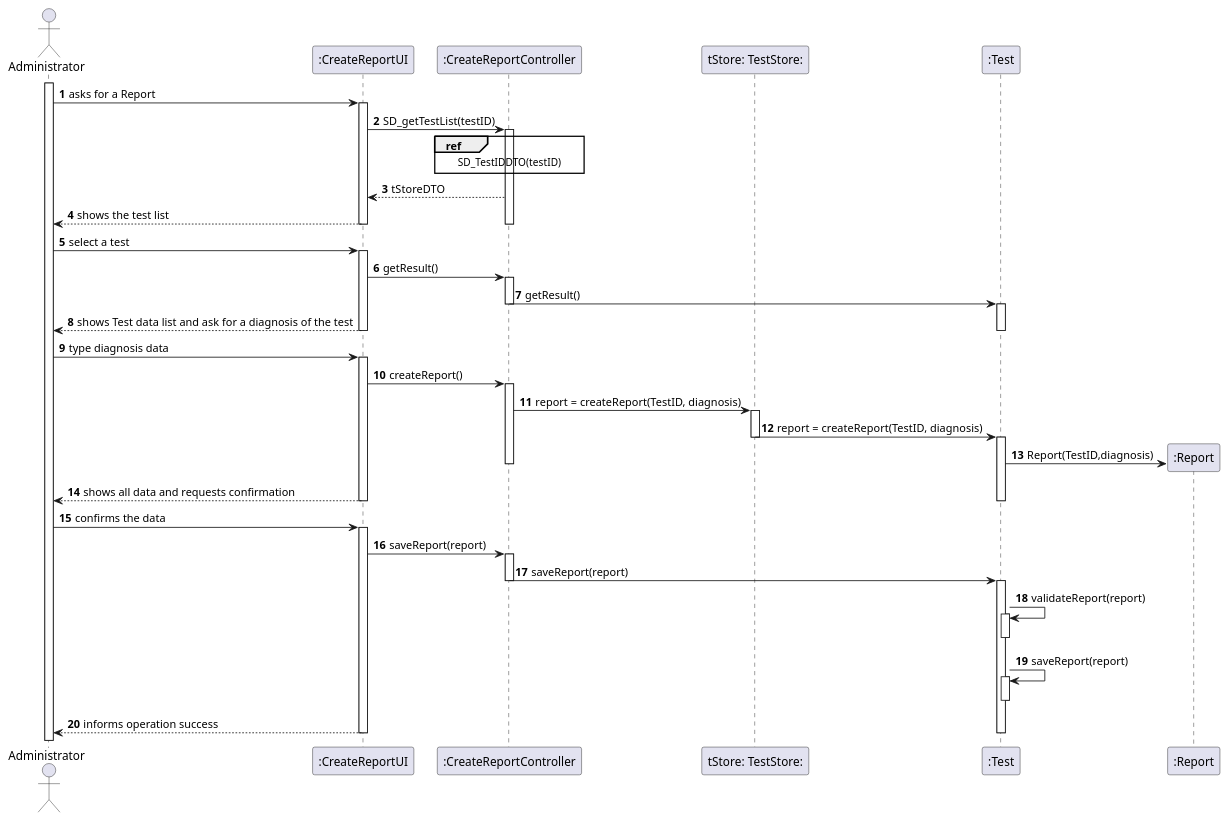
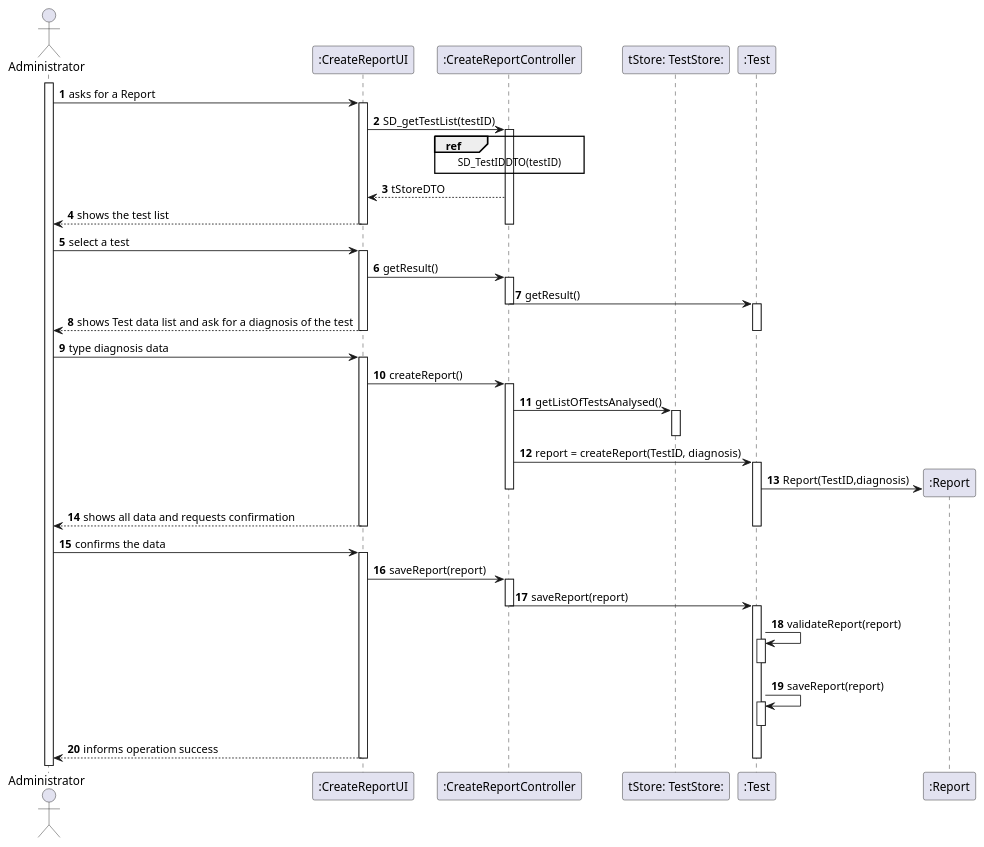
Before and after one commit to MarianaCLages/LAPR2: the diagram in docs/SprintC/US14/US14_SD.puml, drawn with PlantUML. The commit also changed 9 other files, not shown here.

```diff
--- a/docs/SprintC/US14/US14_SD.puml
+++ b/docs/SprintC/US14/US14_SD.puml
@@ -1,119 +1,120 @@
 @startuml
 autonumber
 
 actor "Administrator" as Administrator
 
 participant ":CreateReportUI" as UI
 participant ":CreateReportController" as CTRL
 participant "tStore: TestStore:" as TESTSTORE
 participant ":Test" as TEST
 participant ":Report" as REPORT
 
 
 activate Administrator
 Administrator -> UI: asks for a Report
 activate UI
 
 UI -> CTRL : SD_getTestList(testID)
 ref over CTRL: SD_TestIDDTO(testID)
 activate CTRL
 
 CTRL --> UI: tStoreDTO
 
 
 
 
 
 
 
 
 
 UI --> Administrator :shows the test list
 deactivate UI
 deactivate CTRL
 
 Administrator -> UI : select a test
 activate UI
 
 UI -> CTRL : getResult()
 
 
 
 activate CTRL
 
 CTRL -> TEST : getResult()
 
 deactivate CTRL
 
 
 activate TEST
 
 
 UI --> Administrator : shows Test data list and ask for a diagnosis of the test
 deactivate UI
 
 
 deactivate TEST
 
 
 Administrator -> UI : type diagnosis data
 activate UI
 
 
 
 
 UI-> CTRL : createReport()
 activate CTRL
 
 
 
 
-CTRL -> TESTSTORE : report = createReport(TestID, diagnosis)
+CTRL -> TESTSTORE : getListOfTestsAnalysed()
 activate TESTSTORE
+deactivate TESTSTORE
 
 
-TESTSTORE -> TEST : report = createReport(TestID, diagnosis)
-deactivate TESTSTORE
+CTRL -> TEST : report = createReport(TestID, diagnosis)
+
 activate TEST
 TEST -> REPORT ** :  Report(TestID,diagnosis)
 
 
 
 
 
 deactivate CTRL
 
 
 
 UI --> Administrator : shows all data and requests confirmation
 deactivate UI
 deactivate TEST
 
 Administrator -> UI : confirms the data
 activate UI
 
 UI-> CTRL : saveReport(report)
 activate CTRL
 
 CTRL -> TEST : saveReport(report)
 deactivate CTRL
 activate TEST
 TEST -> TEST : validateReport(report)
 activate TEST
 deactivate TEST
 TEST -> TEST : saveReport(report)
 activate TEST
 deactivate TEST
 
 UI --> Administrator : informs operation success
 deactivate UI
 
 deactivate TEST
 
 
 
 
 
 
 
 @enduml
```
